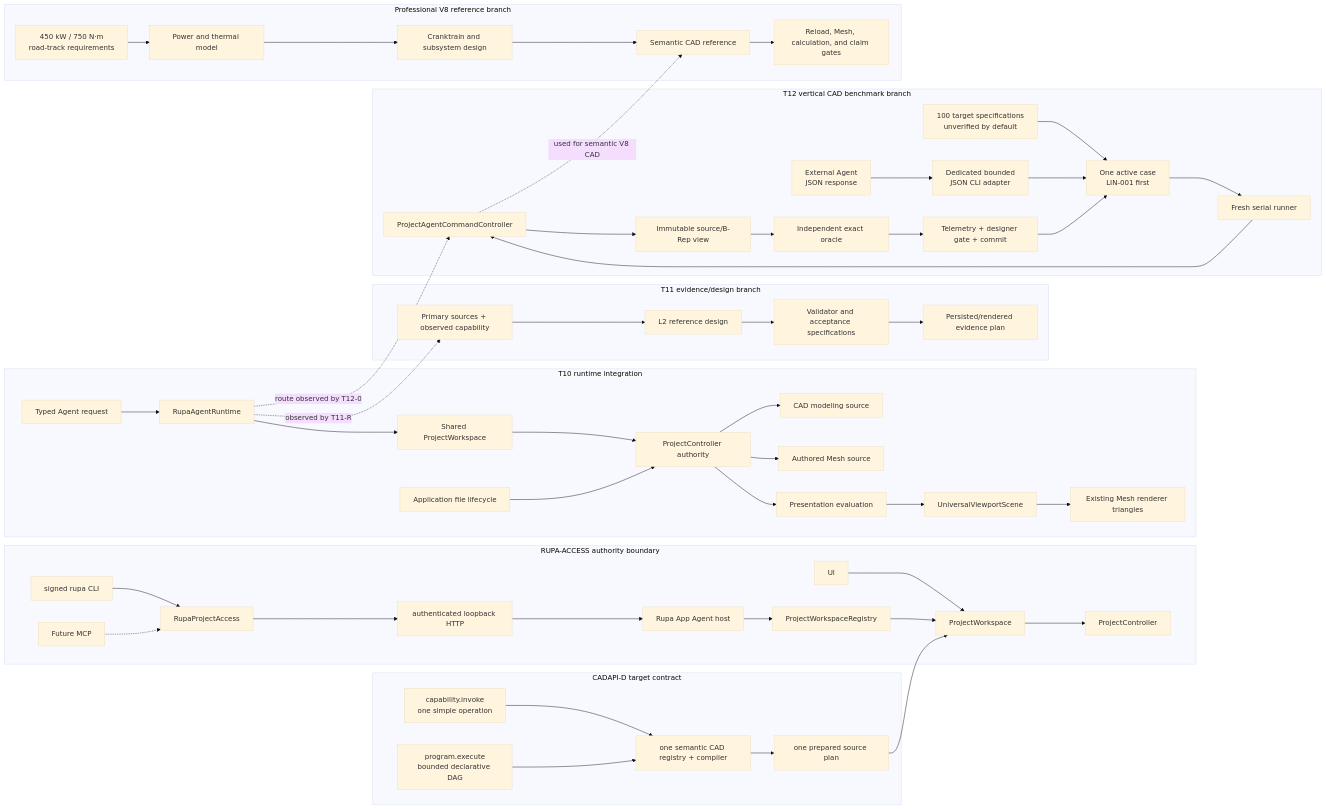
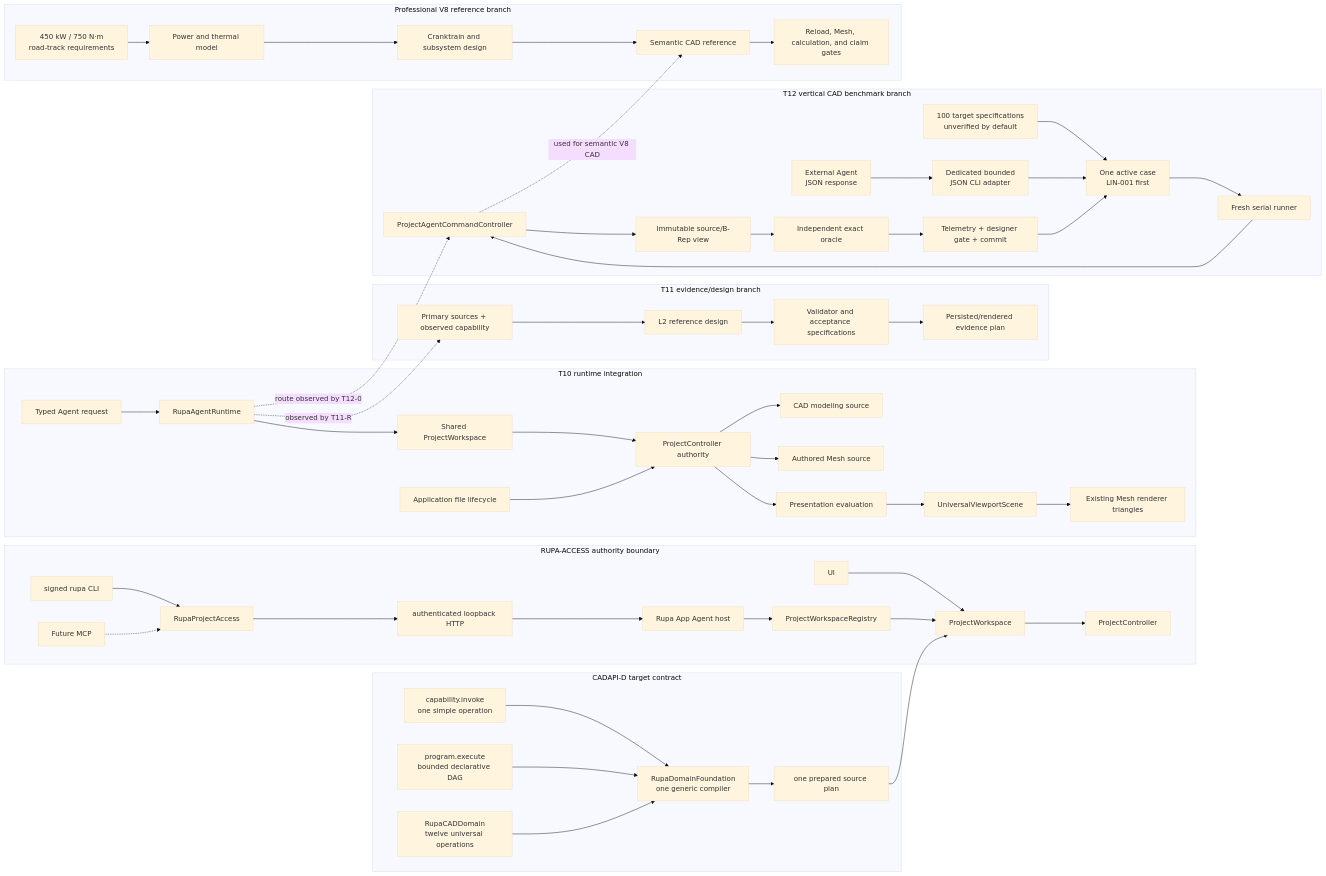
One commit to 1amageek/Rupa changed the first of 3 diagrams in DESIGN.md. Above: the diagram before and after it, drawn with Mermaid (base theme). The commit also changed other lines of this file and 46 other files, not shown here.

Commit message:
Register complete CAD semantic operations

````diff
--- a/DESIGN.md
+++ b/DESIGN.md
@@ -90,55 +91,56 @@
 ```mermaid
 flowchart LR
     subgraph Access["RUPA-ACCESS authority boundary"]
         UIAccess["UI"] --> WorkspaceAuthority["ProjectWorkspace"]
         CLIAccess["signed rupa CLI"] --> AccessAPI
         MCPAccess["Future MCP"] -.-> AccessAPI
         AccessAPI["RupaProjectAccess"] --> LiveAdapter["authenticated loopback HTTP"]
         LiveAdapter --> AppHost["Rupa App Agent host"]
         AppHost --> WorkspaceRegistry["ProjectWorkspaceRegistry"]
         WorkspaceRegistry --> WorkspaceAuthority
         WorkspaceAuthority --> ControllerAuthority["ProjectController"]
     end
     subgraph T10["T10 runtime integration"]
         Agent["Typed Agent request"] --> Runtime["RupaAgentRuntime"]
         Runtime --> Workspace["Shared ProjectWorkspace"]
         Workspace --> Project["ProjectController authority"]
         Project --> CAD["CAD modeling source"]
         Project --> Mesh["Authored Mesh source"]
         Project --> Eval["Presentation evaluation"]
         Eval --> Scene["UniversalViewportScene"]
         Scene --> Render["Existing Mesh renderer triangles"]
         App["Application file lifecycle"] --> Project
     end
     subgraph CADAPI["CADAPI-D target contract"]
-        Direct["capability.invoke\none simple operation"] --> Semantic["one semantic CAD registry + compiler"]
+        Direct["capability.invoke\none simple operation"] --> Semantic["RupaDomainFoundation\none generic compiler"]
         Program["program.execute\nbounded declarative DAG"] --> Semantic
+        CADRegistry["RupaCADDomain\ntwelve universal operations"] --> Semantic
         Semantic --> Prepared["one prepared source plan"]
         Prepared --> WorkspaceAuthority
     end
     subgraph T11["T11 evidence/design branch"]
         Sources["Primary sources + observed capability"] --> Reference["L2 reference design"]
         Reference --> Acceptance["Validator and acceptance specifications"]
         Acceptance --> ArtifactEvidence["Persisted/rendered evidence plan"]
     end
     subgraph T12["T12 vertical CAD benchmark branch"]
         Challenge["100 target specifications\nunverified by default"] --> Active["One active case\nLIN-001 first"]
         External["External Agent\nJSON response"] --> Adapter["Dedicated bounded\nJSON CLI adapter"]
         Adapter --> Active
         Active --> Runner["Fresh serial runner"]
         Runner --> AgentRoute["ProjectAgentCommandController"]
         AgentRoute --> SourceSnapshot["Immutable source/B-Rep view"]
         SourceSnapshot --> Oracle["Independent exact oracle"]
         Oracle --> Gate["Telemetry + designer gate + commit"]
         Gate --> Active
     end
     subgraph V8["Professional V8 reference branch"]
         V8Req["450 kW / 750 N·m\nroad-track requirements"] --> V8Thermal["Power and thermal model"]
         V8Thermal --> V8Mechanical["Cranktrain and subsystem design"]
         V8Mechanical --> V8CAD["Semantic CAD reference"]
         V8CAD --> V8Evidence["Reload, Mesh, calculation, and claim gates"]
     end
     Runtime -. "observed by T11-R" .-> Sources
     Runtime -. "route observed by T12-0" .-> AgentRoute
     AgentRoute -. "used for semantic V8 CAD" .-> V8CAD
 ```
````
